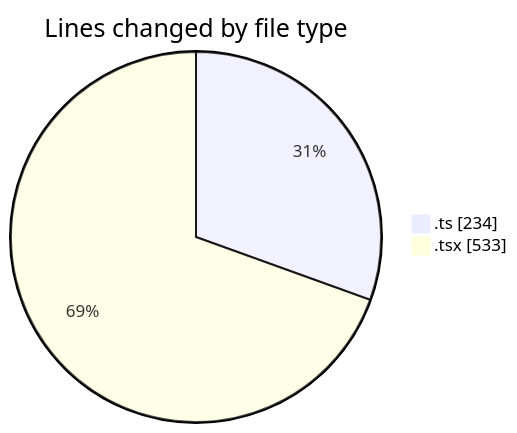
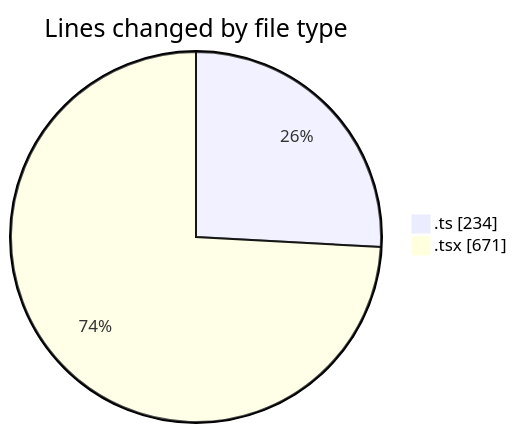
One commit to momahboobian/code-tracking changed the first of 2 diagrams in 2025-05-01/cda/README.md. Above: the diagram before and after it, drawn with Mermaid. The commit also changed other lines of this file and 1 other file, not shown here.

````diff
--- a/2025-05-01/cda/README.md
+++ b/2025-05-01/cda/README.md
@@ -24,6 +25,6 @@
 ```mermaid
 pie showData
 title Lines changed by file type
 ".ts" : 234
-".tsx" : 533
+".tsx" : 671
 ```
````
